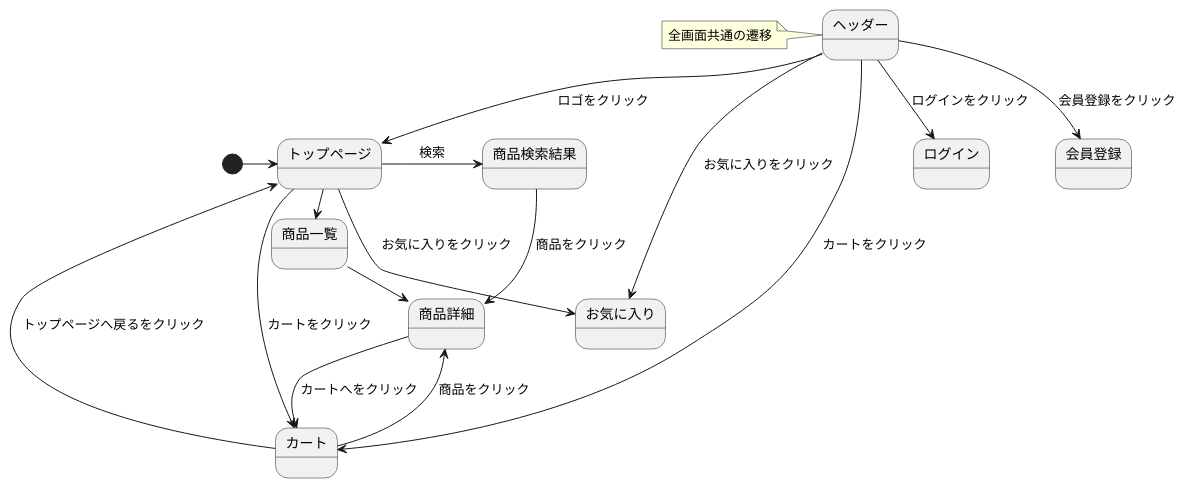
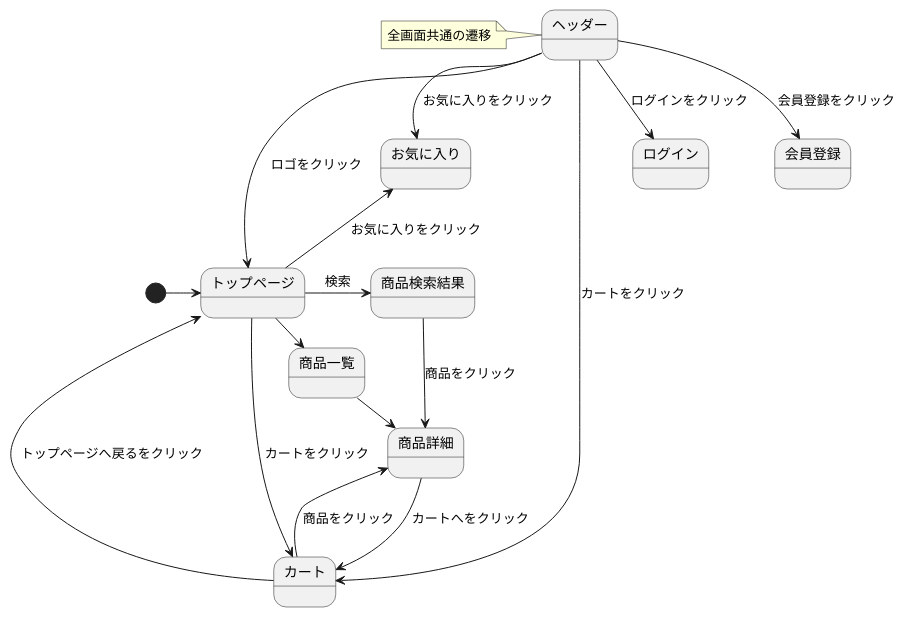
One commit to Aso2101122/coffeeEC changed the diagram in 03_画面遷移図/stm_03.md. Above: the diagram before and after it, drawn with PlantUML.

````diff
--- a/03_画面遷移図/stm_03.md
+++ b/03_画面遷移図/stm_03.md
@@ -2,25 +2,25 @@
 ```uml
 @startuml
 [*]->トップページ
 トップページ->商品検索結果: 検索
 トップページ-right->商品一覧: 商品一覧をクリック
 商品一覧->商品詳細: 商品をクリック
 商品検索結果-down->商品詳細: 商品をクリック
 商品詳細-->カート: カートへをクリック
-トップページ-->お気に入り: お気に入りをクリック
+トップページ--up>お気に入り: お気に入りをクリック
 トップページ-->カート: カートをクリック
 カート->トップページ: トップページへ戻るをクリック
 カート->商品詳細: 商品をクリック
 
 state ヘッダー{
 }
 note left of ヘッダー: 全画面共通の遷移
 
 
 ヘッダー-down->トップページ: ロゴをクリック
 ヘッダー-down->ログイン: ログインをクリック
 ヘッダー-down->会員登録: 会員登録をクリック
 ヘッダー-down->お気に入り: お気に入りをクリック
 ヘッダー-down->カート: カートをクリック
 @enduml
 ```
````
